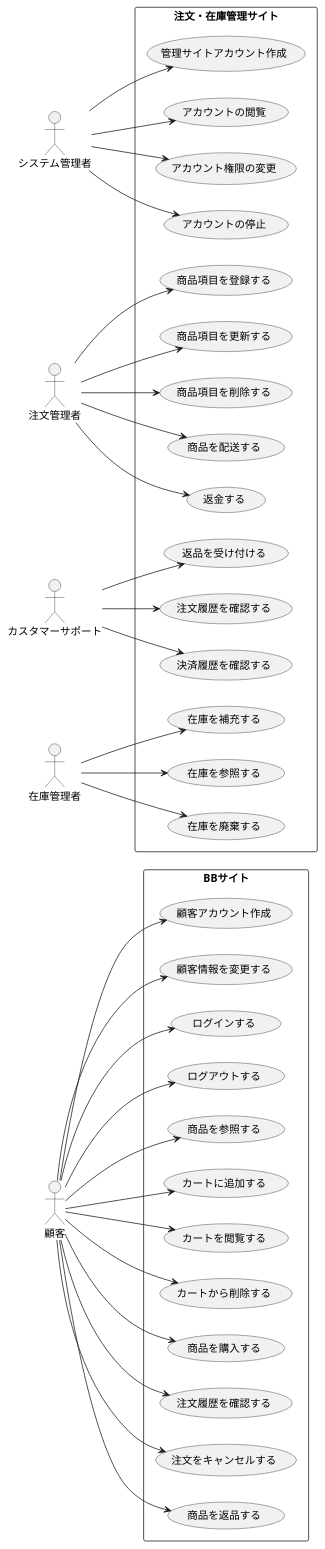
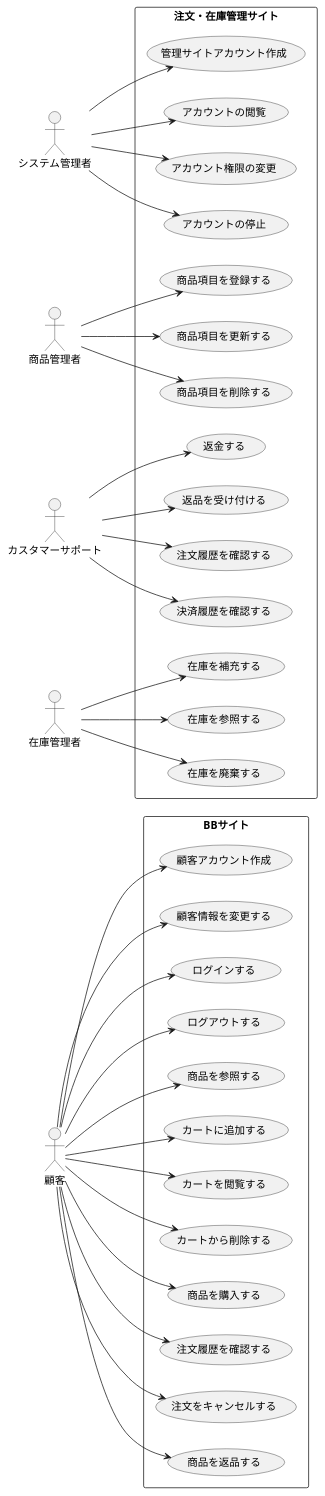
Before and after one commit to FujikawaHirono0520/group3_1_dogdog: the diagram in BB/usecase.pu, drawn with PlantUML.

Commit message:
【削除】配送、コメントアウト項目

```diff
--- a/BB/usecase.pu
+++ b/BB/usecase.pu
@@ -1,87 +1,75 @@
 @startuml BB注文管理システムユースケース図
 left to right direction
 actor 顧客 as U
 
 actor システム管理者 as M
 
-actor 注文管理者 as OM
+actor 商品管理者 as OM
 
 actor カスタマーサポート as CS
 
 actor 在庫管理者 as SM
 
 rectangle BBサイト {
   usecase "顧客アカウント作成" as UC1
   usecase "顧客情報を変更する" as UC2
   usecase "ログインする" as UC3
   usecase "ログアウトする" as UC4
   usecase "商品を参照する" as UC5
   usecase "カートに追加する" as UC6
   usecase "カートを閲覧する" as UC7
   usecase "カートから削除する" as UC8
   usecase "商品を購入する" as UC9
   usecase "注文履歴を確認する" as UC10
   usecase "注文をキャンセルする" as UC11
   usecase "商品を返品する" as UC12
 }
 
 rectangle 注文・在庫管理サイト {
   usecase "管理サイトアカウント作成" as UC13
   usecase "アカウントの閲覧" as UC14
   usecase "アカウント権限の変更" as UC15
   usecase "アカウントの停止" as UC16
-  ' usecase "ログインする" as UC17
-  ' usecase "ログアウトする" as UC18
   usecase "商品項目を登録する" as UC17
   usecase "商品項目を更新する" as UC18
   usecase "商品項目を削除する" as UC19
-  usecase "商品を配送する" as UC20
   usecase "返金する" as UC21
   usecase "返品を受け付ける" as UC22
   usecase "注文履歴を確認する" as UC23
   usecase "決済履歴を確認する" as UC24
   usecase "在庫を補充する" as UC25
   usecase "在庫を参照する" as UC26
   usecase "在庫を廃棄する" as UC27
 }
 
 U --> UC1
 U --> UC2
 U --> UC3
 U --> UC4
 U --> UC5
 U --> UC6
 U --> UC7
 U --> UC8
 U --> UC9
 U --> UC10
 U --> UC11
 U --> UC12
 
 M --> UC13
-' M --> UC17 
-' M --> UC18
 M --> UC14
 M --> UC15
 M --> UC16
 
-' OM --> UC17
-' OM --> UC18
 OM --> UC17
 OM --> UC18
 OM --> UC19
-OM --> UC20
-OM --> UC21
 
-' CS --> UC17
-' CS --> UC18
+CS --> UC21
 CS --> UC22
 CS --> UC23
 CS --> UC24
 
-' SM --> UC17
-' SM --> UC18
 SM --> UC25
 SM --> UC26
 SM --> UC27
 @enduml
```
